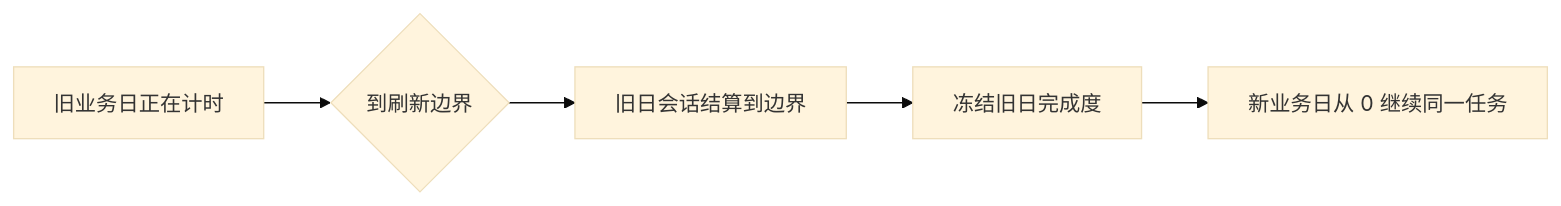
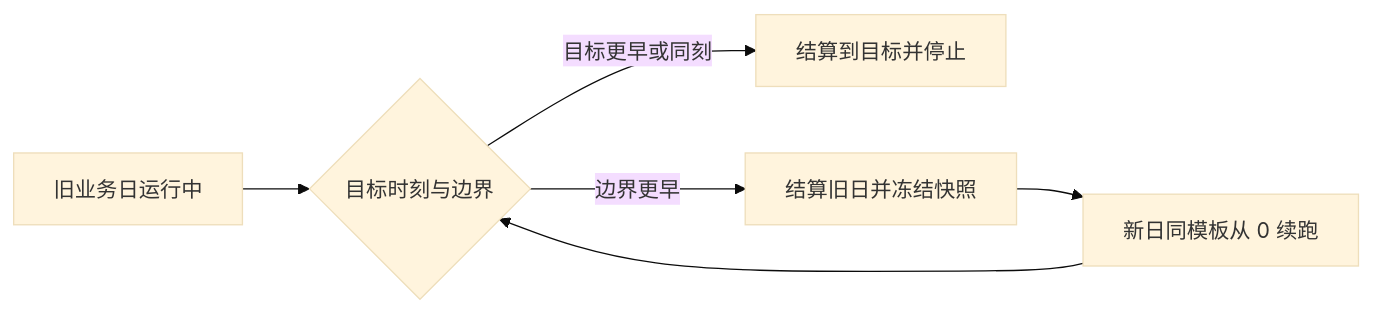
The second of 2 diagrams in docs/functions/timer.md (SCPZ24/Peeker), drawn with Mermaid (base theme) before and after one commit. The commit also changed other lines of this file and 11 other files, not shown here.

````diff
--- a/docs/functions/timer.md
+++ b/docs/functions/timer.md
@@ -127,10 +116,8 @@
 ```mermaid
 flowchart LR
-    Running["旧业务日正在计时"]
-    Boundary{"到刷新边界"}
-    Close["旧日会话结算到边界"]
-    Snapshot["冻结旧日完成度"]
-    Continue["新业务日从 0 继续同一任务"]
-
-    Running --> Boundary --> Close --> Snapshot --> Continue
+    Running["旧业务日运行中"] --> Compare{"目标时刻与边界"}
+    Compare -->|目标更早或同刻| Complete["结算到目标并停止"]
+    Compare -->|边界更早| Settle["结算旧日并冻结快照"]
+    Settle --> Continue["新日同模板从 0 续跑"]
+    Continue --> Compare
 ```
````
